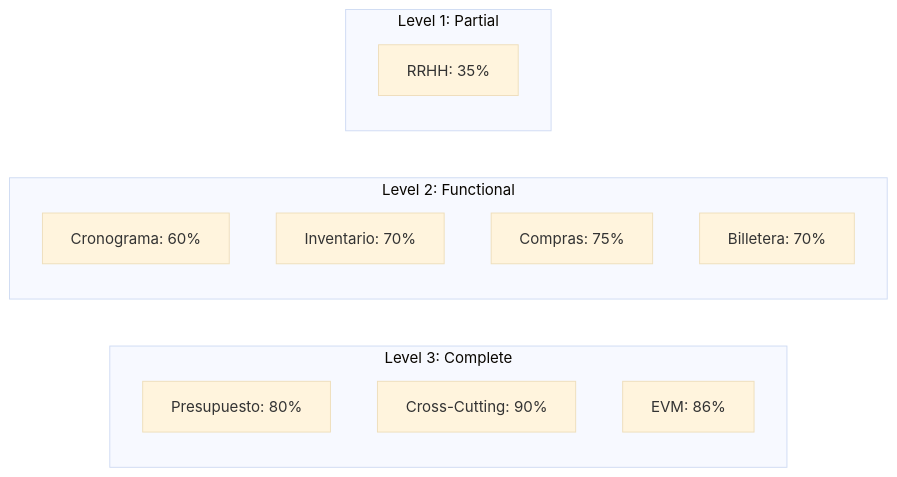
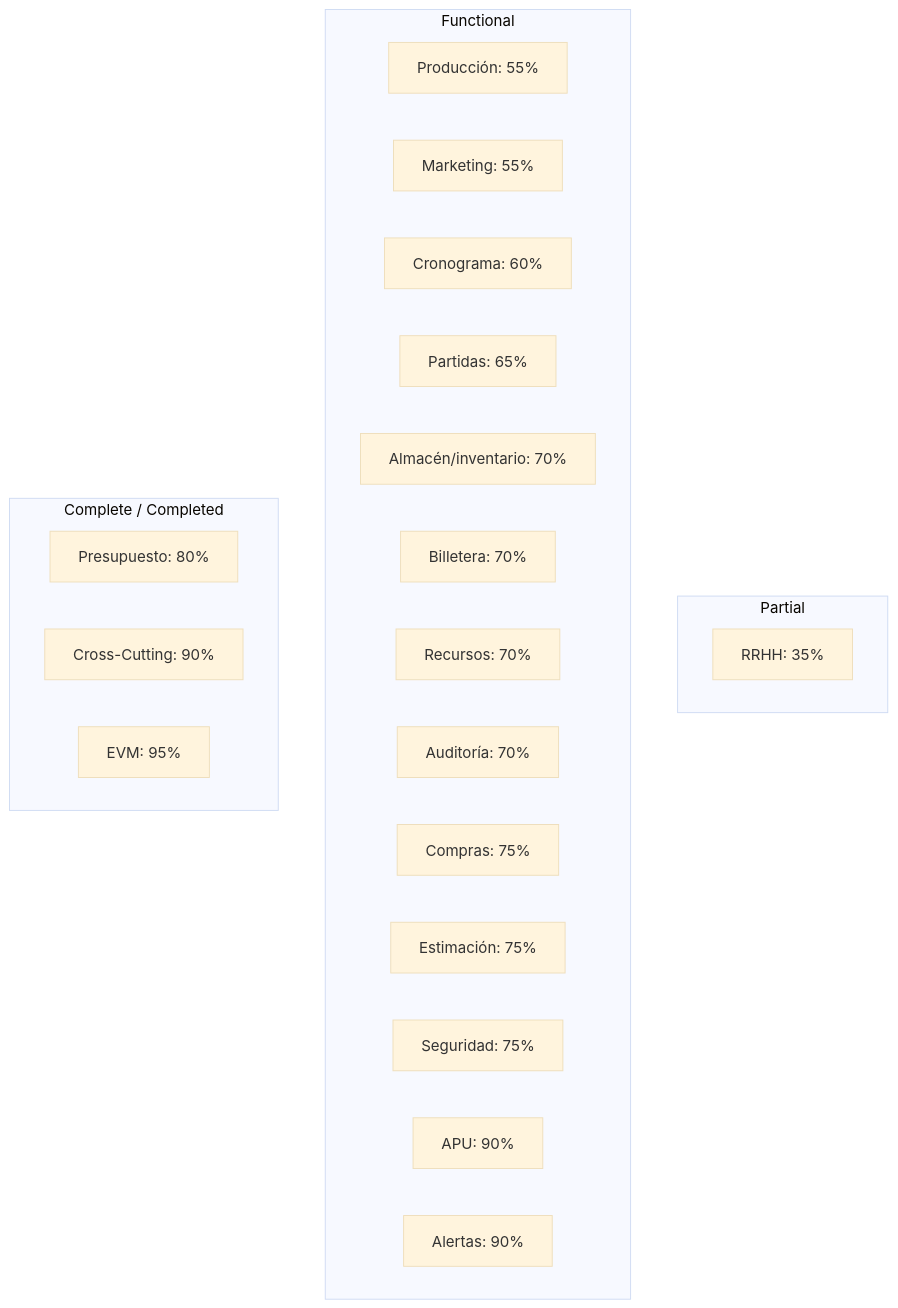
Before and after one commit to carleetho/budgetpro: the diagram in docs/canonical/MATURITY_VISUALIZATION.md, drawn with Mermaid. The commit also changed other lines of this file and 2 other files, not shown here.

````diff
--- a/docs/canonical/MATURITY_VISUALIZATION.md
+++ b/docs/canonical/MATURITY_VISUALIZATION.md
@@ -31,20 +55,29 @@
 ```mermaid
 %%{init: {'theme':'base'}}%%
-graph LR
-    subgraph "Level 3: Complete"
-        P[Presupuesto: 80%]
-        X[Cross-Cutting: 90%]
-        E[EVM: 86%]
+graph TB
+    subgraph "Partial"
+        R[RRHH: 35%]
     end
 
-    subgraph "Level 2: Functional"
-        C[Cronograma: 60%]
-        I[Inventario: 70%]
+    subgraph "Functional"
+        Pr[Producción: 55%]
+        Mk[Marketing: 55%]
+        Cr[Cronograma: 60%]
+        Pa[Partidas: 65%]
+        Inv[Almacén/inventario: 70%]
+        Bi[Billetera: 70%]
+        Re[Recursos: 70%]
+        Au[Auditoría: 70%]
         Co[Compras: 75%]
-        Bi[Billetera: 70%]
+        Es[Estimación: 75%]
+        Se[Seguridad: 75%]
+        Ap[APU: 90%]
+        Al[Alertas: 90%]
     end
 
-    subgraph "Level 1: Partial"
-        R[RRHH: 35%]
+    subgraph "Complete / Completed"
+        Pres[Presupuesto: 80%]
+        X[Cross-Cutting: 90%]
+        E[EVM: 95%]
     end
 ```
````
